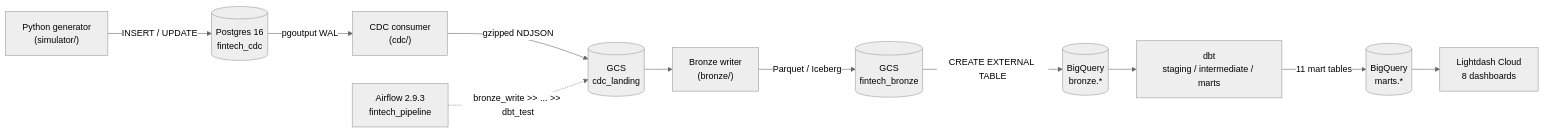
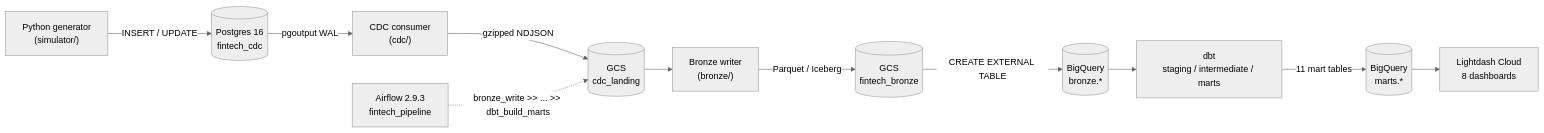
Before and after one commit to ashleyesau/fintech-payments: the diagram in README.md, drawn with Mermaid (neutral theme). The commit also changed other lines of this file and 3 other files, not shown here.

````diff
--- a/README.md
+++ b/README.md
@@ -29,13 +29,13 @@
 ```mermaid
 flowchart LR
     sim["Python generator\n(simulator/)"] -->|INSERT / UPDATE| pg[("Postgres 16\nfintech_cdc")]
     pg -->|pgoutput WAL| cdc["CDC consumer\n(cdc/)"]
     cdc -->|gzipped NDJSON| gcs_land[("GCS\ncdc_landing")]
     gcs_land --> bronze["Bronze writer\n(bronze/)"]
     bronze -->|Parquet / Iceberg| gcs_bronze[("GCS\nfintech_bronze")]
     gcs_bronze -->|CREATE EXTERNAL TABLE| bq[("BigQuery\nbronze.*")]
     bq --> dbt["dbt\nstaging / intermediate / marts"]
     dbt -->|11 mart tables| bq_marts[("BigQuery\nmarts.*")]
     bq_marts --> lightdash["Lightdash Cloud\n8 dashboards"]
-    airflow["Airflow 2.9.3\nfintech_pipeline"] -.->|bronze_write >> ... >> dbt_test| gcs_land
+    airflow["Airflow 2.9.3\nfintech_pipeline"] -.->|bronze_write >> ... >> dbt_build_marts| gcs_land
 ```
````
